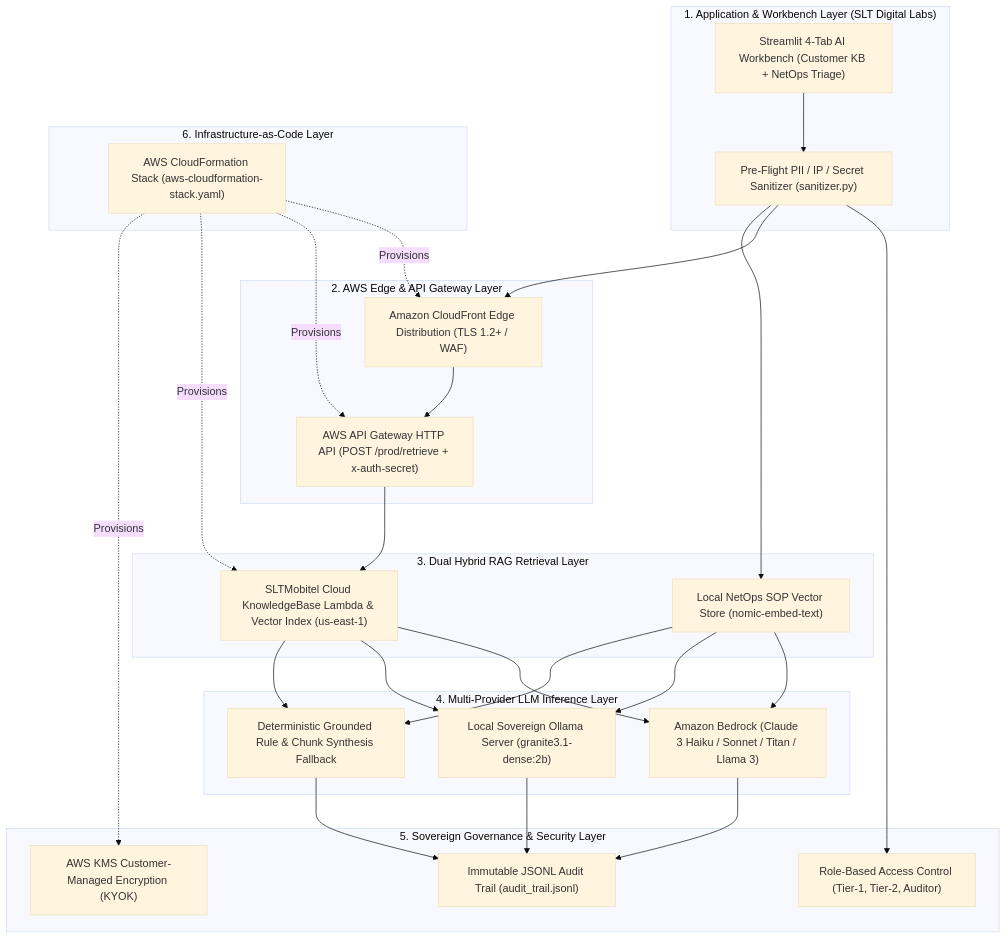
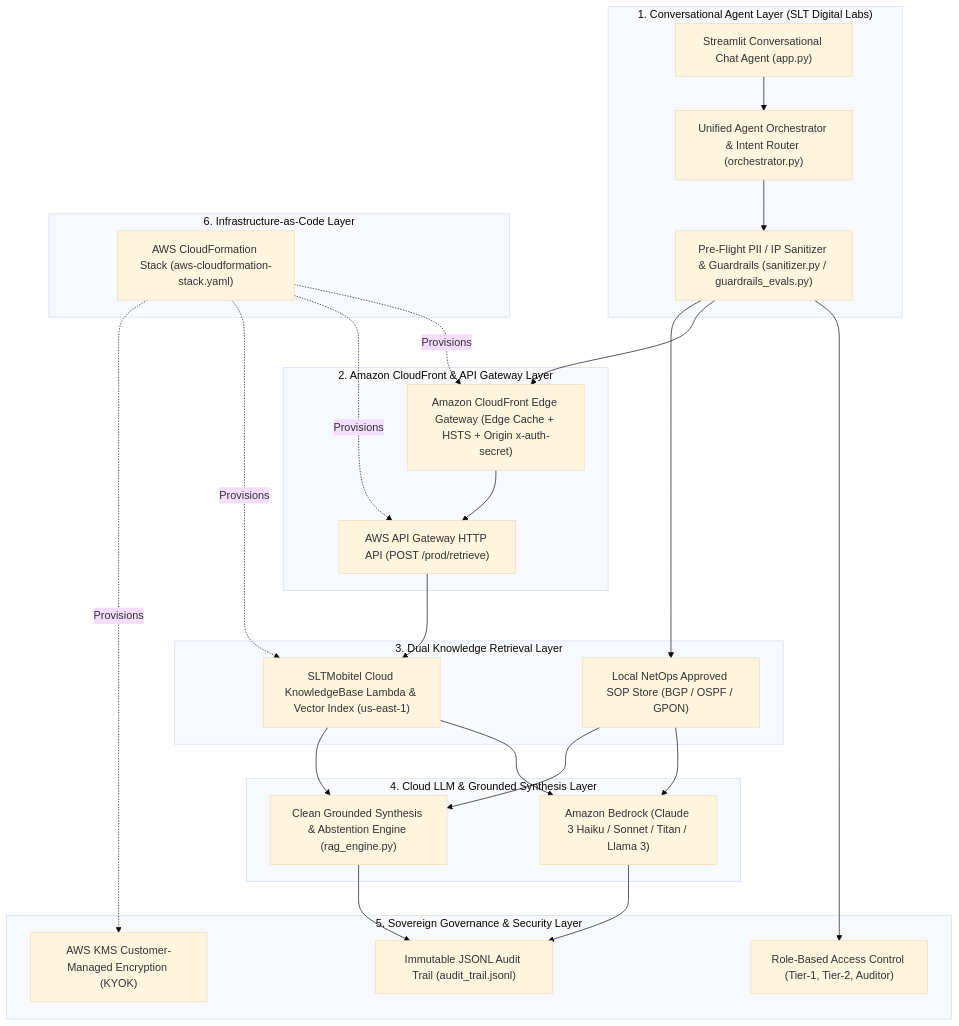
One commit to Mesit-Rathnayake/slt_soveregn_core changed the diagram in docs/02-architecture-design.md. Above: the diagram before and after it, drawn with Mermaid (base theme). The commit also changed other lines of this file and 4 other files, not shown here.

Commit message:
docs: update all markdown docs for CloudFront, Chat Agent, and Ollama removal

````diff
--- a/docs/02-architecture-design.md
+++ b/docs/02-architecture-design.md
@@ -12,53 +12,51 @@
 ```mermaid
 graph TD
-    subgraph Layer_1_Application ["1. Application & Workbench Layer (SLT Digital Labs)"]
-        UI["Streamlit 4-Tab AI Workbench (Customer KB + NetOps Triage)"]
-        SAN["Pre-Flight PII / IP / Secret Sanitizer (sanitizer.py)"]
+    subgraph Layer_1_Application ["1. Conversational Agent Layer (SLT Digital Labs)"]
+        UI["Streamlit Conversational Chat Agent (app.py)"]
+        ORCH["Unified Agent Orchestrator & Intent Router (orchestrator.py)"]
+        SAN["Pre-Flight PII / IP Sanitizer & Guardrails (sanitizer.py / guardrails_evals.py)"]
     end
 
-    subgraph Layer_2_Edge_API ["2. AWS Edge & API Gateway Layer"]
-        CF["Amazon CloudFront Edge Distribution (TLS 1.2+ / WAF)"]
-        APIGW["AWS API Gateway HTTP API (POST /prod/retrieve + x-auth-secret)"]
+    subgraph Layer_2_Edge_API ["2. Amazon CloudFront & API Gateway Layer"]
+        CF["Amazon CloudFront Edge Gateway (Edge Cache + HSTS + Origin x-auth-secret)"]
+        APIGW["AWS API Gateway HTTP API (POST /prod/retrieve)"]
     end
 
-    subgraph Layer_3_Retrieval ["3. Dual Hybrid RAG Retrieval Layer"]
+    subgraph Layer_3_Retrieval ["3. Dual Knowledge Retrieval Layer"]
         AWSKB["SLTMobitel Cloud KnowledgeBase Lambda & Vector Index (us-east-1)"]
-        LOCALVEC["Local NetOps SOP Vector Store (nomic-embed-text)"]
+        LOCALSOP["Local NetOps Approved SOP Store (BGP / OSPF / GPON)"]
     end
 
-    subgraph Layer_4_Inference ["4. Multi-Provider LLM Inference Layer"]
+    subgraph Layer_4_Inference ["4. Cloud LLM & Grounded Synthesis Layer"]
         BEDROCK["Amazon Bedrock (Claude 3 Haiku / Sonnet / Titan / Llama 3)"]
-        OLLAMA["Local Sovereign Ollama Server (granite3.1-dense:2b)"]
-        RULES["Deterministic Grounded Rule & Chunk Synthesis Fallback"]
+        SYNTH["Clean Grounded Synthesis & Abstention Engine (rag_engine.py)"]
     end
 
     subgraph Layer_5_Governance ["5. Sovereign Governance & Security Layer"]
         RBAC["Role-Based Access Control (Tier-1, Tier-2, Auditor)"]
         AUDIT["Immutable JSONL Audit Trail (audit_trail.jsonl)"]
         KMS["AWS KMS Customer-Managed Encryption (KYOK)"]
     end
 
     subgraph Layer_6_IaC ["6. Infrastructure-as-Code Layer"]
         CFN["AWS CloudFormation Stack (aws-cloudformation-stack.yaml)"]
     end
 
-    UI --> SAN
+    UI --> ORCH
+    ORCH --> SAN
     SAN --> RBAC
     SAN --> CF
     CF --> APIGW
     APIGW --> AWSKB
-    SAN --> LOCALVEC
+    SAN --> LOCALSOP
     AWSKB --> BEDROCK
-    AWSKB --> OLLAMA
-    AWSKB --> RULES
-    LOCALVEC --> BEDROCK
-    LOCALVEC --> OLLAMA
-    LOCALVEC --> RULES
+    AWSKB --> SYNTH
+    LOCALSOP --> BEDROCK
+    LOCALSOP --> SYNTH
     BEDROCK --> AUDIT
-    OLLAMA --> AUDIT
-    RULES --> AUDIT
+    SYNTH --> AUDIT
     CFN -. Provisions .-> CF
     CFN -. Provisions .-> APIGW
     CFN -. Provisions .-> AWSKB
     CFN -. Provisions .-> KMS
 ```
````
